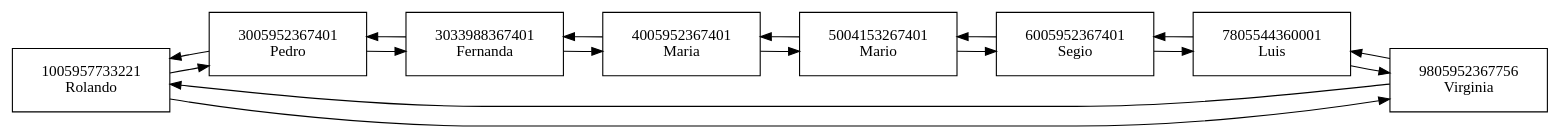
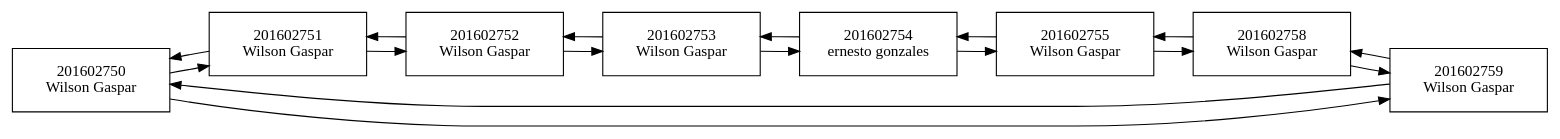
Before and after one commit to Angel357/-EDD-Proyecto2: the diagram in Proyecto2/graphListaC.dot, drawn with Graphviz. The commit also changed 33 other files, not shown here.

```diff
--- a/Proyecto2/graphListaC.dot
+++ b/Proyecto2/graphListaC.dot
@@ -1,68 +1,68 @@
 digraph {
 node[shape=box width=2 height=0.8];
 rankdir=LR;
-"1005957733221
-Rolando"
-"1005957733221
-Rolando"->"3005952367401
-Pedro"
-"1005957733221
-Rolando"->"9805952367756
-Virginia"
-"3005952367401
-Pedro"
-"3005952367401
-Pedro"->"3033988367401
-Fernanda"
-"3005952367401
-Pedro"->"1005957733221
-Rolando"
-"3033988367401
-Fernanda"
-"3033988367401
-Fernanda"->"4005952367401
-Maria"
-"3033988367401
-Fernanda"->"3005952367401
-Pedro"
-"4005952367401
-Maria"
-"4005952367401
-Maria"->"5004153267401
-Mario"
-"4005952367401
-Maria"->"3033988367401
-Fernanda"
-"5004153267401
-Mario"
-"5004153267401
-Mario"->"6005952367401
-Segio"
-"5004153267401
-Mario"->"4005952367401
-Maria"
-"6005952367401
-Segio"
-"6005952367401
-Segio"->"7805544360001
-Luis"
-"6005952367401
-Segio"->"5004153267401
-Mario"
-"7805544360001
-Luis"
-"7805544360001
-Luis"->"9805952367756
-Virginia"
-"7805544360001
-Luis"->"6005952367401
-Segio"
-"9805952367756
-Virginia"
-"9805952367756
-Virginia"->"1005957733221
-Rolando"
-"9805952367756
-Virginia"->"7805544360001
-Luis"
+"201602750
+Wilson Gaspar"
+"201602750
+Wilson Gaspar"->"201602751
+Wilson Gaspar"
+"201602750
+Wilson Gaspar"->"201602759
+Wilson Gaspar"
+"201602751
+Wilson Gaspar"
+"201602751
+Wilson Gaspar"->"201602752
+Wilson Gaspar"
+"201602751
+Wilson Gaspar"->"201602750
+Wilson Gaspar"
+"201602752
+Wilson Gaspar"
+"201602752
+Wilson Gaspar"->"201602753
+Wilson Gaspar"
+"201602752
+Wilson Gaspar"->"201602751
+Wilson Gaspar"
+"201602753
+Wilson Gaspar"
+"201602753
+Wilson Gaspar"->"201602754
+ernesto gonzales"
+"201602753
+Wilson Gaspar"->"201602752
+Wilson Gaspar"
+"201602754
+ernesto gonzales"
+"201602754
+ernesto gonzales"->"201602755
+Wilson Gaspar"
+"201602754
+ernesto gonzales"->"201602753
+Wilson Gaspar"
+"201602755
+Wilson Gaspar"
+"201602755
+Wilson Gaspar"->"201602758
+Wilson Gaspar"
+"201602755
+Wilson Gaspar"->"201602754
+ernesto gonzales"
+"201602758
+Wilson Gaspar"
+"201602758
+Wilson Gaspar"->"201602759
+Wilson Gaspar"
+"201602758
+Wilson Gaspar"->"201602755
+Wilson Gaspar"
+"201602759
+Wilson Gaspar"
+"201602759
+Wilson Gaspar"->"201602750
+Wilson Gaspar"
+"201602759
+Wilson Gaspar"->"201602758
+Wilson Gaspar"
  }
```
